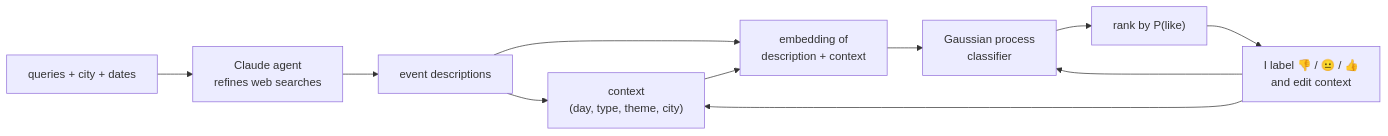
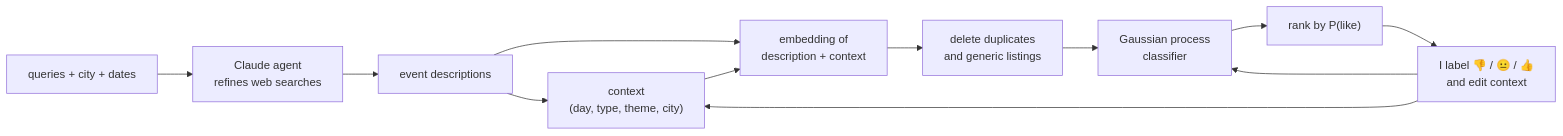
One commit to ZacharyCosenza/project-recommendation changed the diagram in README.md. Above: the diagram before and after it, drawn with Mermaid. The commit also changed other lines of this file and 41 other files, not shown here.

````diff
--- a/README.md
+++ b/README.md
@@ -5,13 +5,14 @@
 ```mermaid
 flowchart LR
     S["queries + city + dates"] --> A["Claude agent<br/>refines web searches"]
     A --> D["event descriptions"]
     D --> C["context<br/>(day, type, theme, city)"]
     D --> E["embedding of<br/>description + context"]
     C --> E
-    E --> GP["Gaussian process<br/>classifier"]
+    E --> X["delete duplicates<br/>and generic listings"]
+    X --> GP["Gaussian process<br/>classifier"]
     GP --> R["rank by P(like)"]
     R --> U["I label 👎 / 😐 / 👍<br/>and edit context"]
     U --> GP
     U --> C
 ```
````
